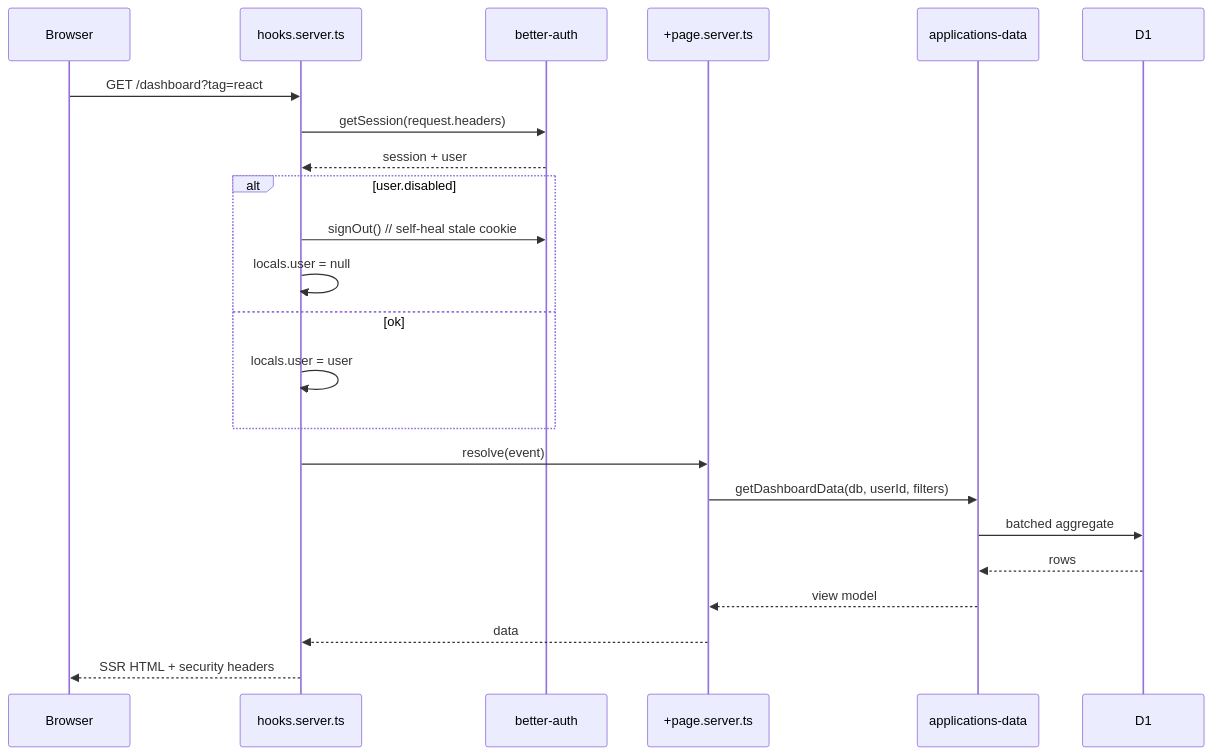
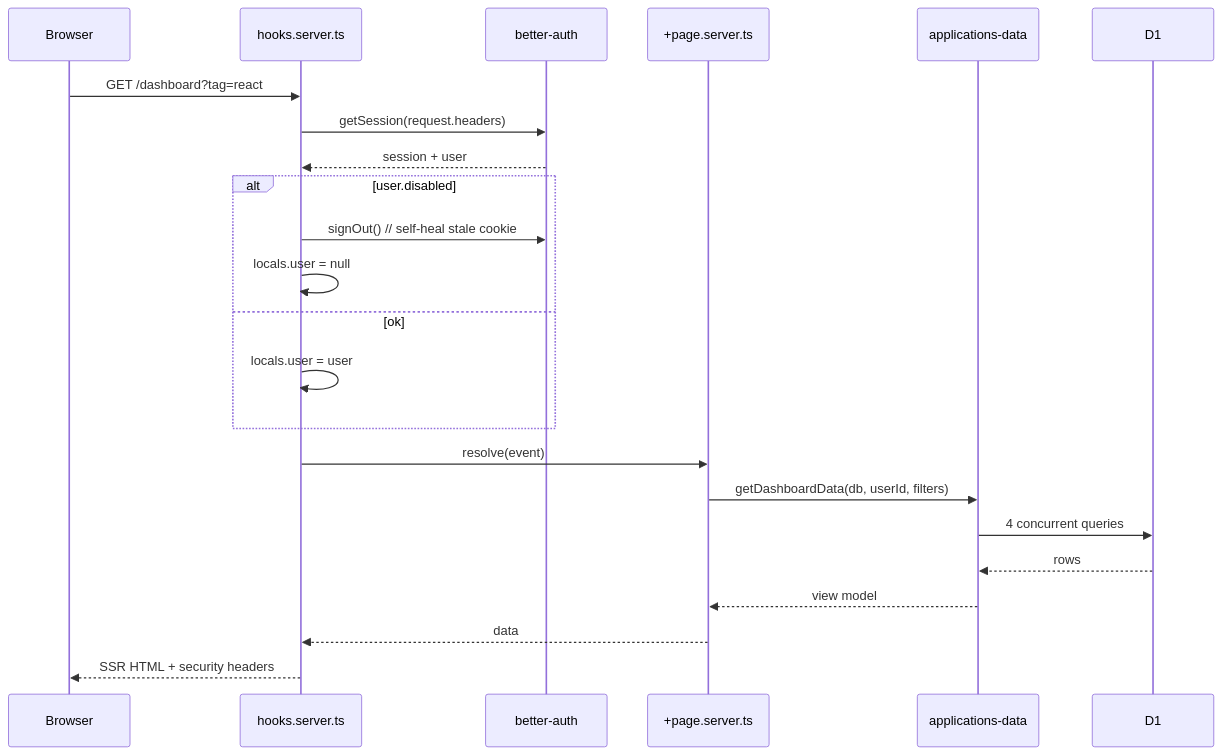
Before and after one commit to c0k0n/job-tracker: the third of 6 diagrams in docs/architecture.md, drawn with Mermaid. The commit also changed other lines of this file and 16 other files, not shown here.

````diff
--- a/docs/architecture.md
+++ b/docs/architecture.md
@@ -64,26 +69,26 @@
 ```mermaid
 sequenceDiagram
     participant B as Browser
     participant H as hooks.server.ts
     participant A as better-auth
     participant L as +page.server.ts
     participant Q as applications-data
     participant D as D1
 
     B->>H: GET /dashboard?tag=react
     H->>A: getSession(request.headers)
     A-->>H: session + user
     alt user.disabled
         H->>A: signOut()  // self-heal stale cookie
         H->>H: locals.user = null
     else ok
         H->>H: locals.user = user
     end
     H->>L: resolve(event)
     L->>Q: getDashboardData(db, userId, filters)
-    Q->>D: batched aggregate
+    Q->>D: 4 concurrent queries
     D-->>Q: rows
     Q-->>L: view model
     L-->>H: data
     H-->>B: SSR HTML + security headers
 ```
````
